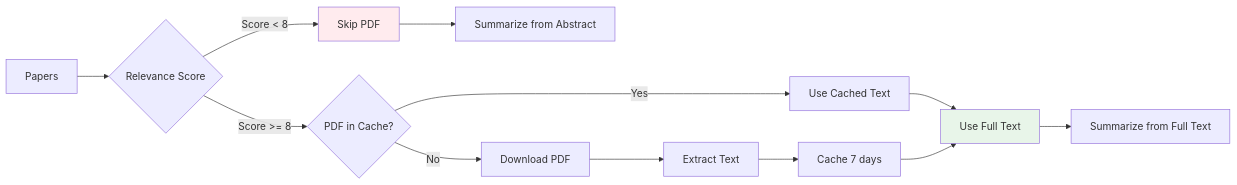
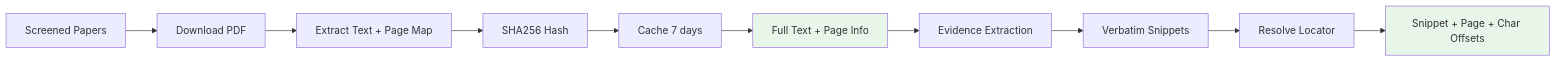
Before and after one commit to DuyTa506/tiny_researcher: the third of 3 diagrams in backend/docs/dataflow.md, drawn with Mermaid. The commit also changed other lines of this file and 202 other files, not shown here.

````diff
--- a/backend/docs/dataflow.md
+++ b/backend/docs/dataflow.md
@@ -125,20 +172,16 @@
 ```mermaid
 flowchart LR
-    Papers[Papers] --> Score{Relevance Score}
-    Score -->|Score < 8| NoLoad[Skip PDF]
-    Score -->|Score >= 8| CheckCache{PDF in Cache?}
+    Papers[Screened Papers] --> Download[Download PDF]
+    Download --> PageMap[Extract Text + Page Map]
+    PageMap --> Hash[SHA256 Hash]
+    Hash --> Store[Cache 7 days]
+    Store --> Use[Full Text + Page Info]
 
-    CheckCache -->|Yes| UseCached[Use Cached Text]
-    CheckCache -->|No| Download[Download PDF]
+    Use --> Extract[Evidence Extraction]
+    Extract --> Snippets[Verbatim Snippets]
+    Snippets --> Locator[Resolve Locator]
+    Locator --> Located[Snippet + Page + Char Offsets]
 
-    Download --> Extract[Extract Text]
-    Extract --> Store[Cache 7 days]
-    Store --> Use[Use Full Text]
-    UseCached --> Use
-
-    NoLoad --> Summary1[Summarize from Abstract]
-    Use --> Summary2[Summarize from Full Text]
-
-    style NoLoad fill:#ffebee
     style Use fill:#e8f5e9
+    style Located fill:#e8f5e9
 ```
````
